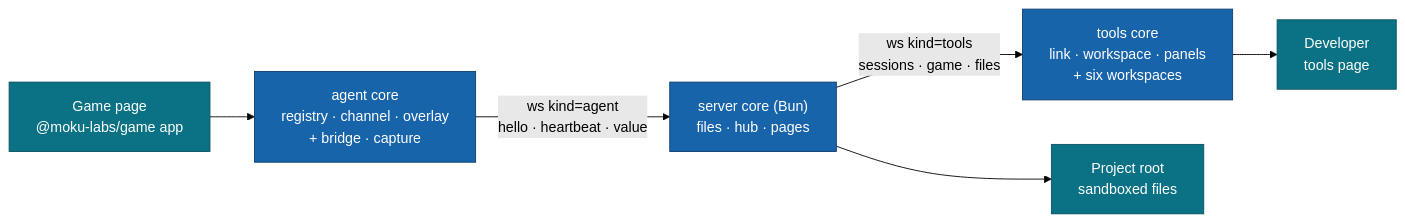
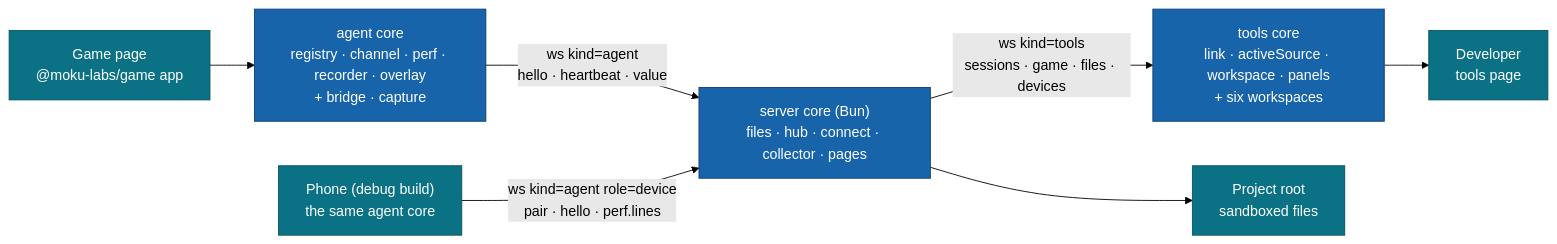
The second of 5 diagrams in README.md (moku-labs/editor), drawn with Mermaid (forest theme) before and after one commit. The commit also changed other lines of this file and 912 other files, not shown here.

First line of the commit message:
feat: Mission control — debug a game on a real phone from the editor (#52)

````diff
--- a/README.md
+++ b/README.md
@@ -646,12 +920,13 @@
 ```mermaid
 flowchart LR
-  G["Game page<br/>@moku-labs/game app"] --> A["agent core<br/>registry · channel · overlay<br/>+ bridge · capture"]
-  A -- "ws kind=agent<br/>hello · heartbeat · value" --> H["server core (Bun)<br/>files · hub · pages"]
-  H -- "ws kind=tools<br/>sessions · game · files" --> T["tools core<br/>link · workspace · panels<br/>+ six workspaces"]
+  G["Game page<br/>@moku-labs/game app"] --> A["agent core<br/>registry · channel · perf · recorder · overlay<br/>+ bridge · capture"]
+  A -- "ws kind=agent<br/>hello · heartbeat · value" --> H["server core (Bun)<br/>files · hub · connect · collector · pages"]
+  P["Phone (debug build)<br/>the same agent core"] -- "ws kind=agent role=device<br/>pair · hello · perf.lines" --> H
+  H -- "ws kind=tools<br/>sessions · game · files · devices" --> T["tools core<br/>link · activeSource · workspace · panels<br/>+ six workspaces"]
   T --> D["Developer<br/>tools page"]
   H --> F["Project root<br/>sandboxed files"]
   classDef u fill:#0b7285,stroke:#08525f,color:#fff;
   classDef m fill:#1864ab,stroke:#0d3d6e,color:#fff;
-  class G,D,F u
+  class G,P,D,F u
   class A,H,T m
 ```
````
